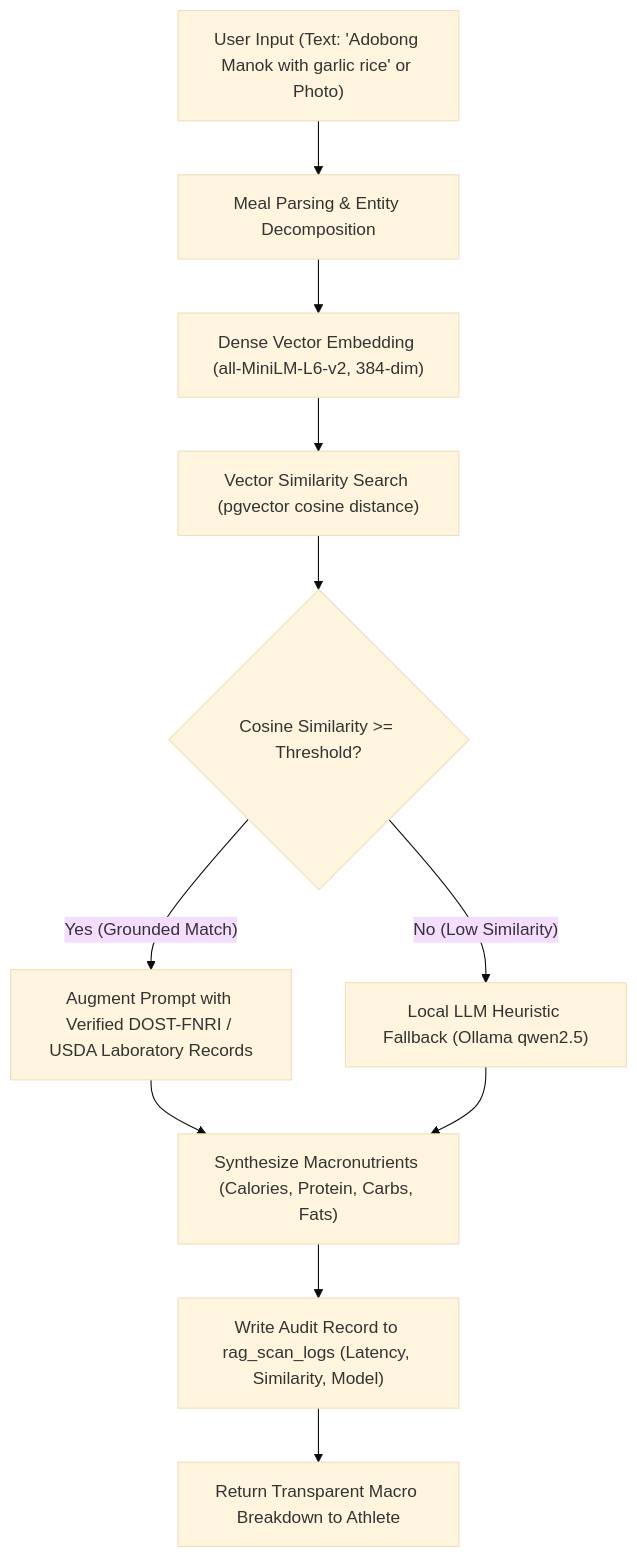
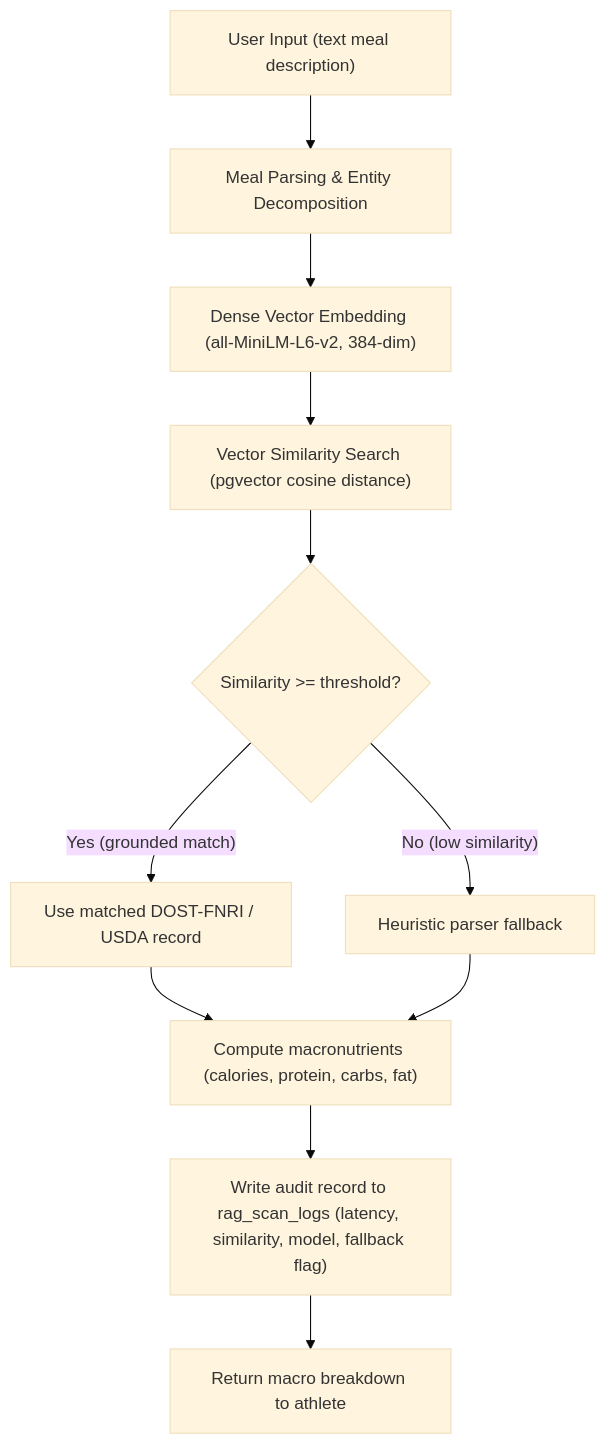
One commit to yuri-salise/nutri-sync changed the first of 2 diagrams in README.md. Above: the diagram before and after it, drawn with Mermaid (base theme). The commit also changed other lines of this file, not shown here.

First line of the commit message:
docs(readme): correct claims to match the code and data

````diff
--- a/README.md
+++ b/README.md
@@ -138,13 +135,13 @@
 ```mermaid
 flowchart TD
-    A["User Input (Text: 'Adobong Manok with garlic rice' or Photo)"] --> B["Meal Parsing & Entity Decomposition"]
+    A["User Input (text meal description)"] --> B["Meal Parsing & Entity Decomposition"]
     B --> C["Dense Vector Embedding (all-MiniLM-L6-v2, 384-dim)"]
     C --> D["Vector Similarity Search (pgvector cosine distance)"]
-    D --> E{"Cosine Similarity >= Threshold?"}
-    E -- "Yes (Grounded Match)" --> F["Augment Prompt with Verified DOST-FNRI / USDA Laboratory Records"]
-    E -- "No (Low Similarity)" --> G["Local LLM Heuristic Fallback (Ollama qwen2.5)"]
-    F --> H["Synthesize Macronutrients (Calories, Protein, Carbs, Fats)"]
+    D --> E{"Similarity >= threshold?"}
+    E -- "Yes (grounded match)" --> F["Use matched DOST-FNRI / USDA record"]
+    E -- "No (low similarity)" --> G["Heuristic parser fallback"]
+    F --> H["Compute macronutrients (calories, protein, carbs, fat)"]
     G --> H
-    H --> I["Write Audit Record to rag_scan_logs (Latency, Similarity, Model)"]
-    I --> J["Return Transparent Macro Breakdown to Athlete"]
+    H --> I["Write audit record to rag_scan_logs (latency, similarity, model, fallback flag)"]
+    I --> J["Return macro breakdown to athlete"]
 ```
````
